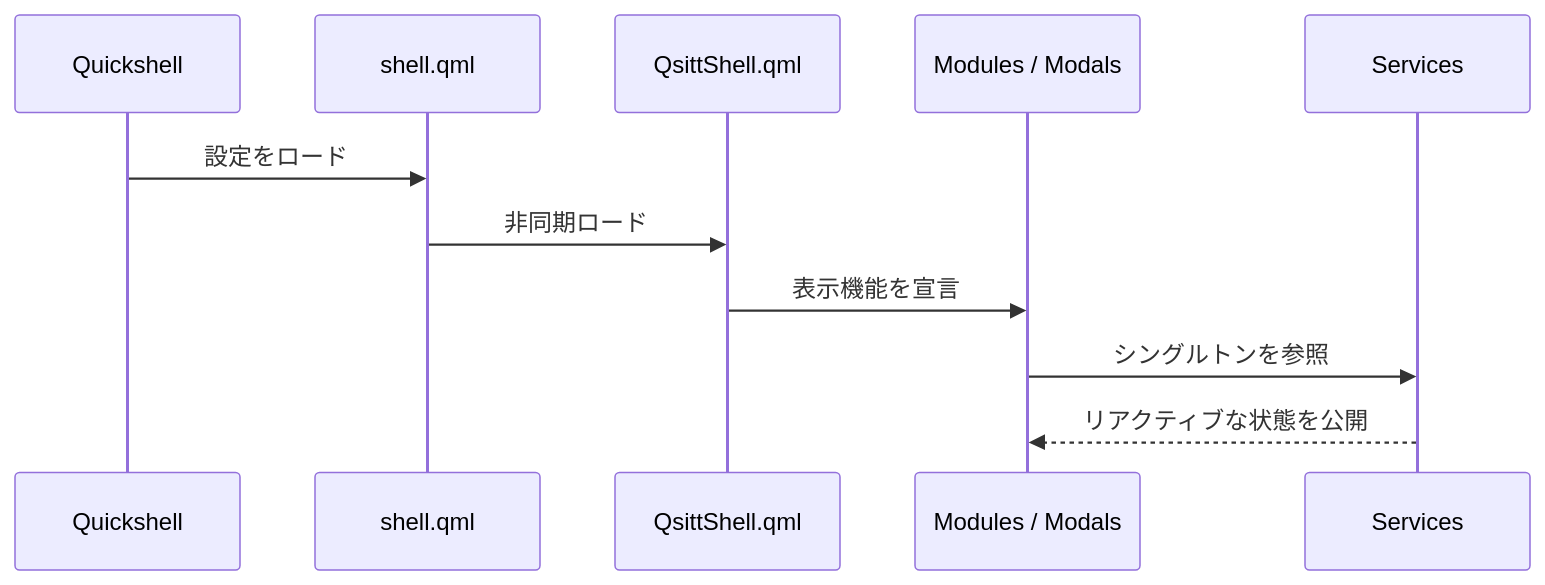
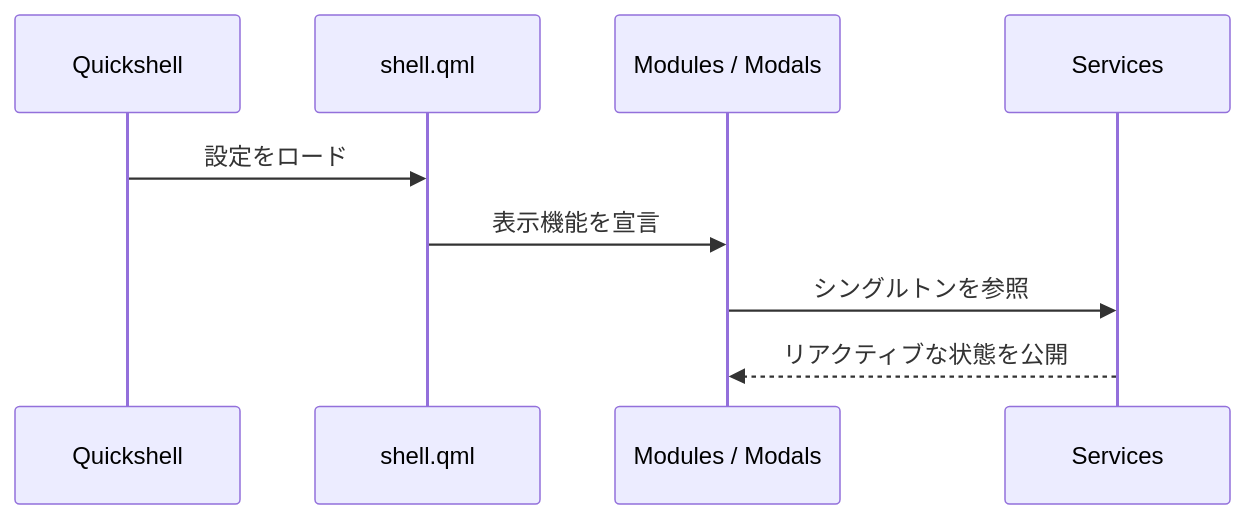
The second of 4 diagrams in .config/quickshell/qsitt/docs/architecture.md (itt828/dots), drawn with Mermaid before and after one commit. The commit also changed other lines of this file and 3 other files, not shown here.

````diff
--- a/.config/quickshell/qsitt/docs/architecture.md
+++ b/.config/quickshell/qsitt/docs/architecture.md
@@ -59,14 +57,12 @@
 ```mermaid
 sequenceDiagram
     participant Q as Quickshell
     participant E as shell.qml
-    participant C as QsittShell.qml
     participant M as Modules / Modals
     participant S as Services
 
     Q->>E: 設定をロード
-    E->>C: 非同期ロード
-    C->>M: 表示機能を宣言
+    E->>M: 表示機能を宣言
     M->>S: シングルトンを参照
     S-->>M: リアクティブな状態を公開
 ```
````
